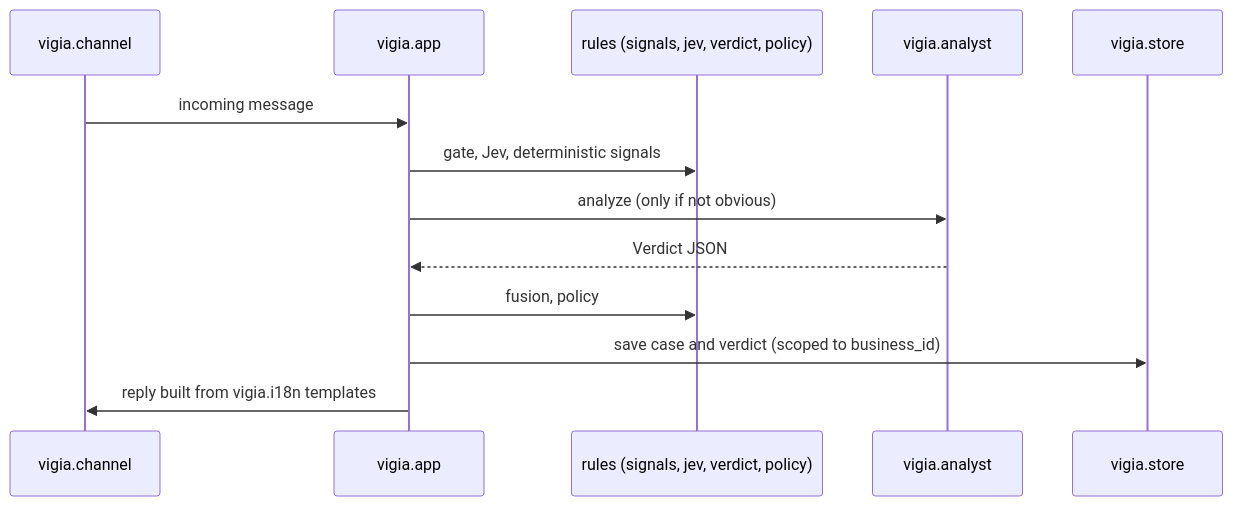
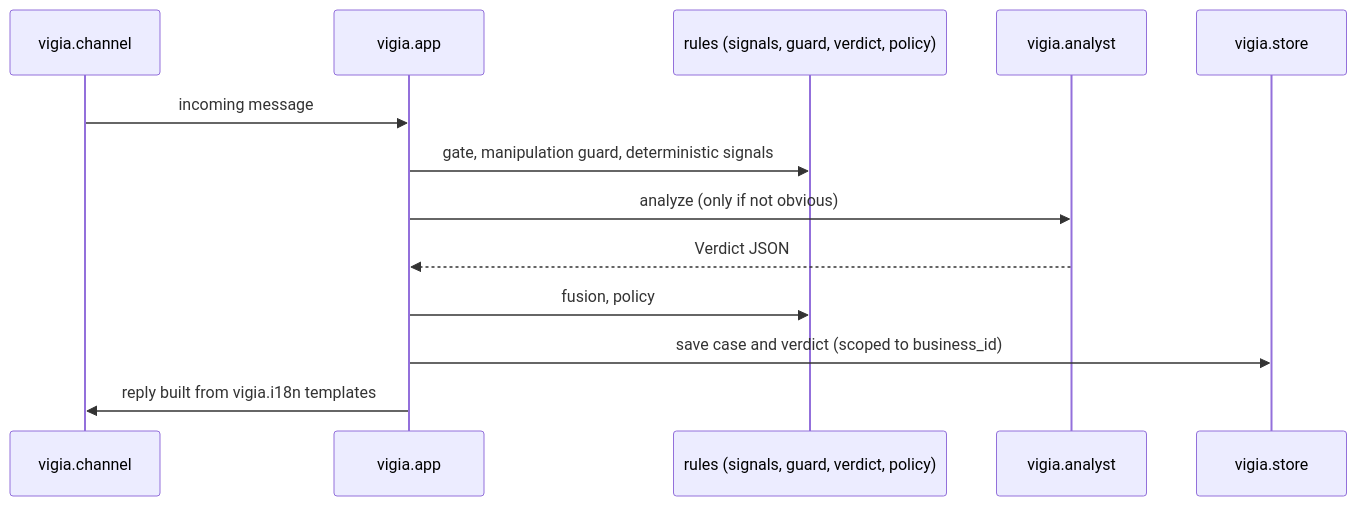
The second of 2 diagrams in docs/ARCHITECTURE.md (Danielmc09/vigia), drawn with Mermaid before and after one commit. The commit also changed other lines of this file and 52 other files, not shown here.

````diff
--- a/docs/ARCHITECTURE.md
+++ b/docs/ARCHITECTURE.md
@@ -70,15 +70,15 @@
 ```mermaid
 sequenceDiagram
   participant C as vigia.channel
   participant A as vigia.app
-  participant R as rules (signals, jev, verdict, policy)
+  participant R as rules (signals, guard, verdict, policy)
   participant N as vigia.analyst
   participant S as vigia.store
   C->>A: incoming message
-  A->>R: gate, Jev, deterministic signals
+  A->>R: gate, manipulation guard, deterministic signals
   A->>N: analyze (only if not obvious)
   N-->>A: Verdict JSON
   A->>R: fusion, policy
   A->>S: save case and verdict (scoped to business_id)
   A->>C: reply built from vigia.i18n templates
 ```
````
